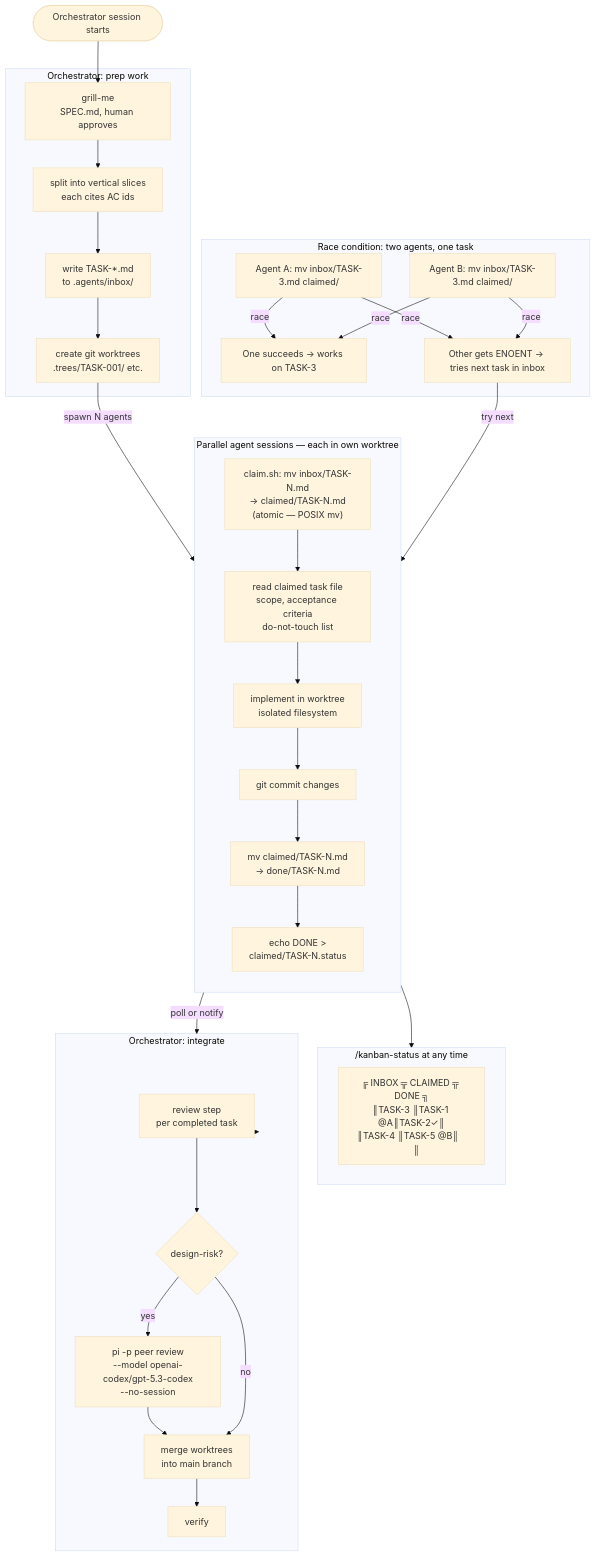
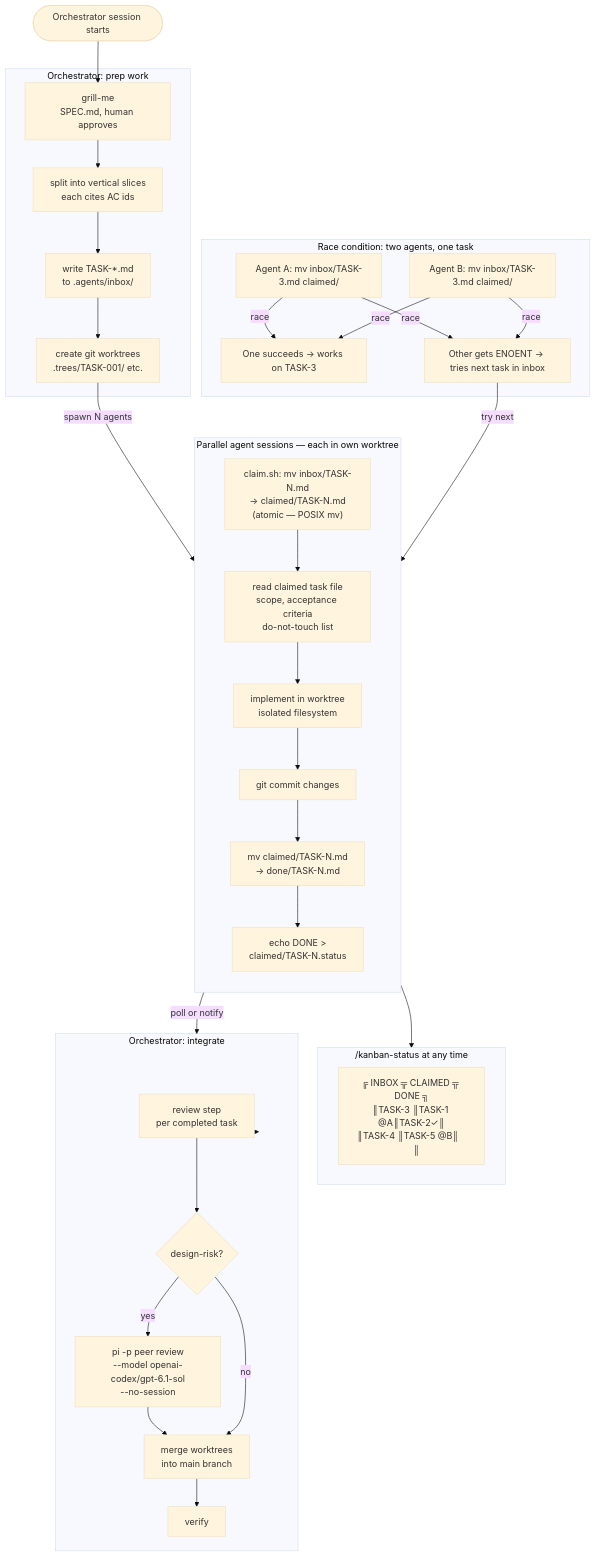
The second of 4 diagrams in docs-site/guides/workflows.mdx (vietbui1999ru/llm-wiki), drawn with Mermaid (base theme) before and after one commit. The commit also changed other lines of this file and 13 other files, not shown here.

````diff
--- a/docs-site/guides/workflows.mdx
+++ b/docs-site/guides/workflows.mdx
@@ -86,55 +86,55 @@
 ```mermaid
 flowchart TD
     START([Orchestrator session starts])
 
     subgraph SETUP["Orchestrator: prep work"]
         GRILL["grill-me<br>SPEC.md, human approves"]
         ISSUES["split into vertical slices<br>each cites AC ids"]
         INBOX_WRITE["write TASK-*.md<br>to .agents/inbox/"]
         WORKTREES["create git worktrees<br>.trees/TASK-001/ etc."]
     end
 
     subgraph AGENTS["Parallel agent sessions — each in own worktree"]
         direction TB
         CLAIM["claim.sh: mv inbox/TASK-N.md<br>→ claimed/TASK-N.md<br>(atomic — POSIX mv)"]
         READ_TASK["read claimed task file<br>scope, acceptance criteria<br>do-not-touch list"]
         IMPL["implement in worktree<br>isolated filesystem"]
         COMMIT[git commit changes]
         MOVE_DONE["mv claimed/TASK-N.md<br>→ done/TASK-N.md"]
         STATUS["echo DONE ><br>claimed/TASK-N.status"]
     end
 
     subgraph RACE["Race condition: two agents, one task"]
         AG1["Agent A: mv inbox/TASK-3.md claimed/"]
         AG2["Agent B: mv inbox/TASK-3.md claimed/"]
         WIN["One succeeds → works on TASK-3"]
         LOSE["Other gets ENOENT → tries next task in inbox"]
     end
 
     subgraph KANBAN["/kanban-status at any time"]
         BOARD["╔ INBOX ╦ CLAIMED ╦ DONE ╗<br>║TASK-3 ║TASK-1 @A║TASK-2✓║<br>║TASK-4 ║TASK-5 @B║       ║"]
     end
 
     subgraph MERGE["Orchestrator: integrate"]
         REVIEW["review step<br>per completed task"]
         COUNCIL_GATE{"design-risk?"}
-        COUNCIL_RUN["pi -p peer review<br>--model openai-codex/gpt-5.3-codex<br>--no-session"]
+        COUNCIL_RUN["pi -p peer review<br>--model openai-codex/gpt-6.1-sol<br>--no-session"]
         MERGE_WT["merge worktrees<br>into main branch"]
         VERIFY["verify"]
     end
 
     START --> GRILL --> ISSUES --> INBOX_WRITE --> WORKTREES
     WORKTREES -->|spawn N agents| CLAIM
 
     CLAIM --> READ_TASK --> IMPL --> COMMIT --> MOVE_DONE --> STATUS
 
     AG1 & AG2 -->|race| WIN & LOSE
     LOSE -->|try next| CLAIM
 
     STATUS -->|poll or notify| MERGE
     MOVE_DONE --> KANBAN
 
     MERGE --> REVIEW --> COUNCIL_GATE
     COUNCIL_GATE -->|yes| COUNCIL_RUN --> MERGE_WT
     COUNCIL_GATE -->|no| MERGE_WT --> VERIFY
 ```
````
